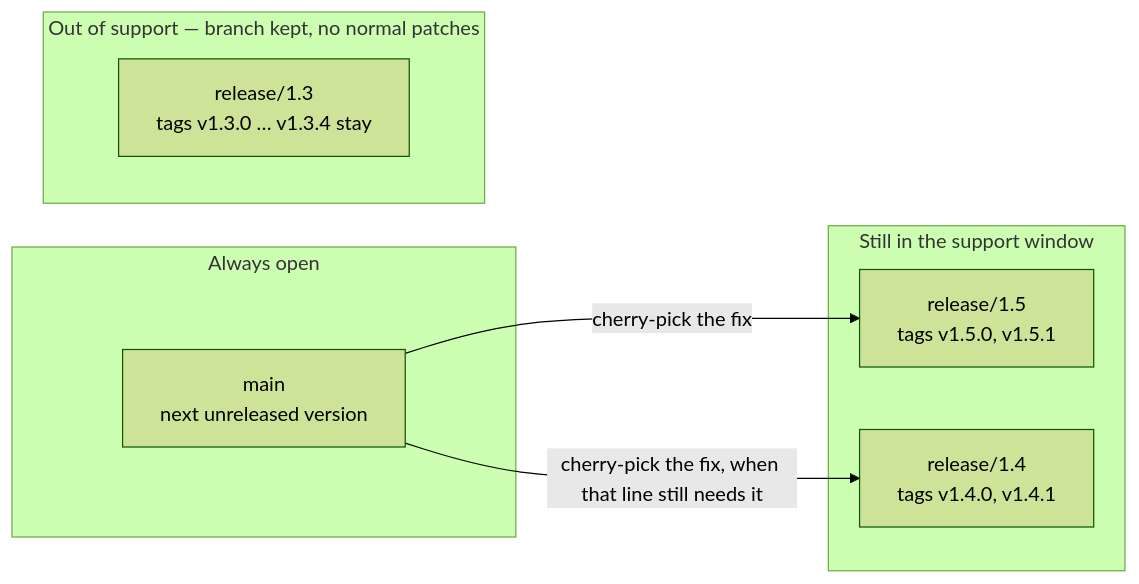
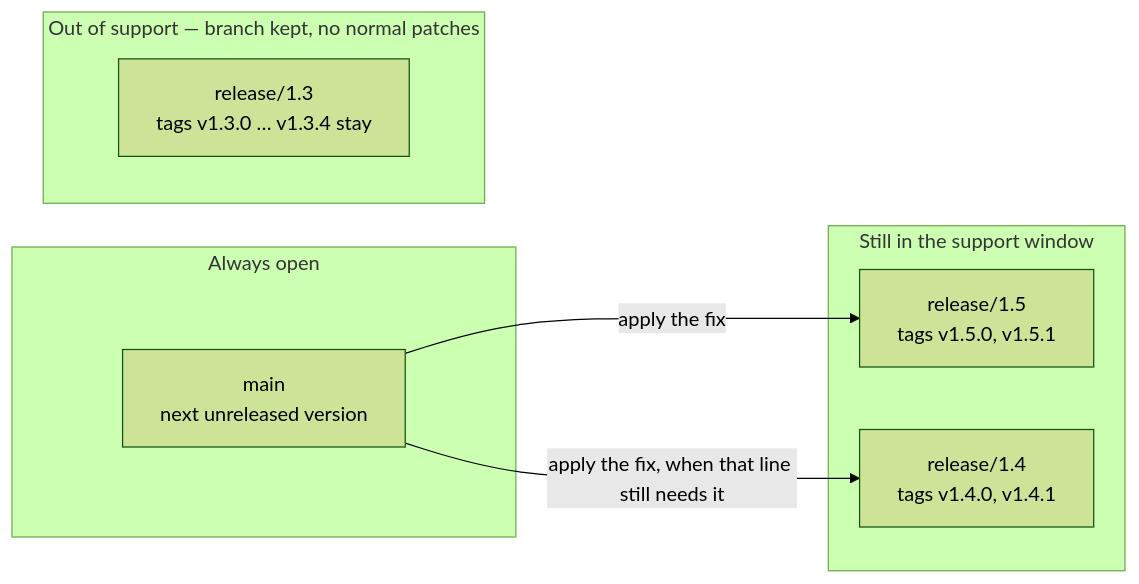
Before and after one commit to igrbesa/Release-versioning-options: the first of 12 diagrams in DEVELOPER_GUIDE.md, drawn with Mermaid (forest theme). The commit also changed other lines of this file, not shown here.

First line of the commit message:
Map release ownership to Scrum roles and expand the history diagram.

````diff
--- a/DEVELOPER_GUIDE.md
+++ b/DEVELOPER_GUIDE.md
@@ -54,18 +68,18 @@
 ```mermaid
 flowchart LR
     subgraph trunk["Always open"]
         main["main<br/>next unreleased version"]
     end
 
     subgraph active["Still in the support window"]
         r15["release/1.5<br/>tags v1.5.0, v1.5.1"]
         r14["release/1.4<br/>tags v1.4.0, v1.4.1"]
     end
 
     subgraph kept["Out of support — branch kept, no normal patches"]
         r13["release/1.3<br/>tags v1.3.0 … v1.3.4 stay"]
     end
 
-    main -->|"cherry-pick the fix"| r15
-    main -->|"cherry-pick the fix, when that line still needs it"| r14
+    main -->|"apply the fix"| r15
+    main -->|"apply the fix, when that line still needs it"| r14
 ```
````
